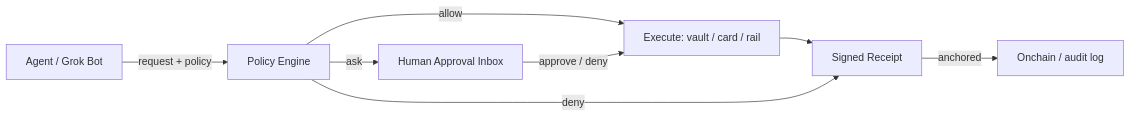
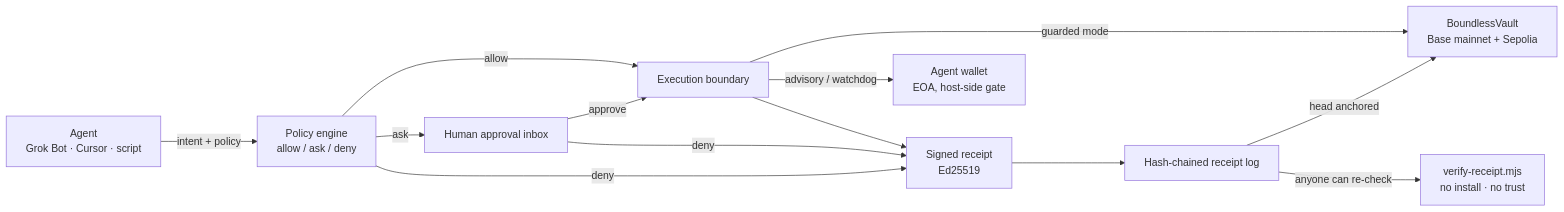
One commit to richard7463/askgrokwallet changed the first of 2 diagrams in README.md. Above: the diagram before and after it, drawn with Mermaid. The commit also changed other lines of this file and 1 other file, not shown here.

````diff
--- a/README.md
+++ b/README.md
@@ -340,10 +138,15 @@
 ```mermaid
 flowchart LR
-  A["Agent / Grok Bot"] -->|"request + policy"| P["Policy Engine"]
-  P -->|"allow"| E["Execute: vault / card / rail"]
-  P -->|"ask"| H["Human Approval Inbox"]
-  H -->|"approve / deny"| E
-  E --> R["Signed Receipt"]
-  R -->|"anchored"| L["Onchain / audit log"]
-  P -->|"deny"| R
+  A["Agent<br/>Grok Bot · Cursor · script"] -->|"intent + policy"| P["Policy engine<br/>allow / ask / deny"]
+  P -->|allow| X["Execution boundary"]
+  P -->|ask| H["Human approval inbox"]
+  H -->|approve| X
+  H -->|deny| R["Signed receipt"]
+  P -->|deny| R
+  X -->|guarded mode| V["BoundlessVault<br/>Base mainnet + Sepolia"]
+  X -->|advisory / watchdog| W["Agent wallet<br/>EOA, host-side gate"]
+  X --> R["Signed receipt<br/>Ed25519"]
+  R --> C["Hash-chained receipt log"]
+  C -->|"head anchored"| V
+  C -->|"anyone can re-check"| Z["verify-receipt.mjs<br/>no install · no trust"]
 ```
````
